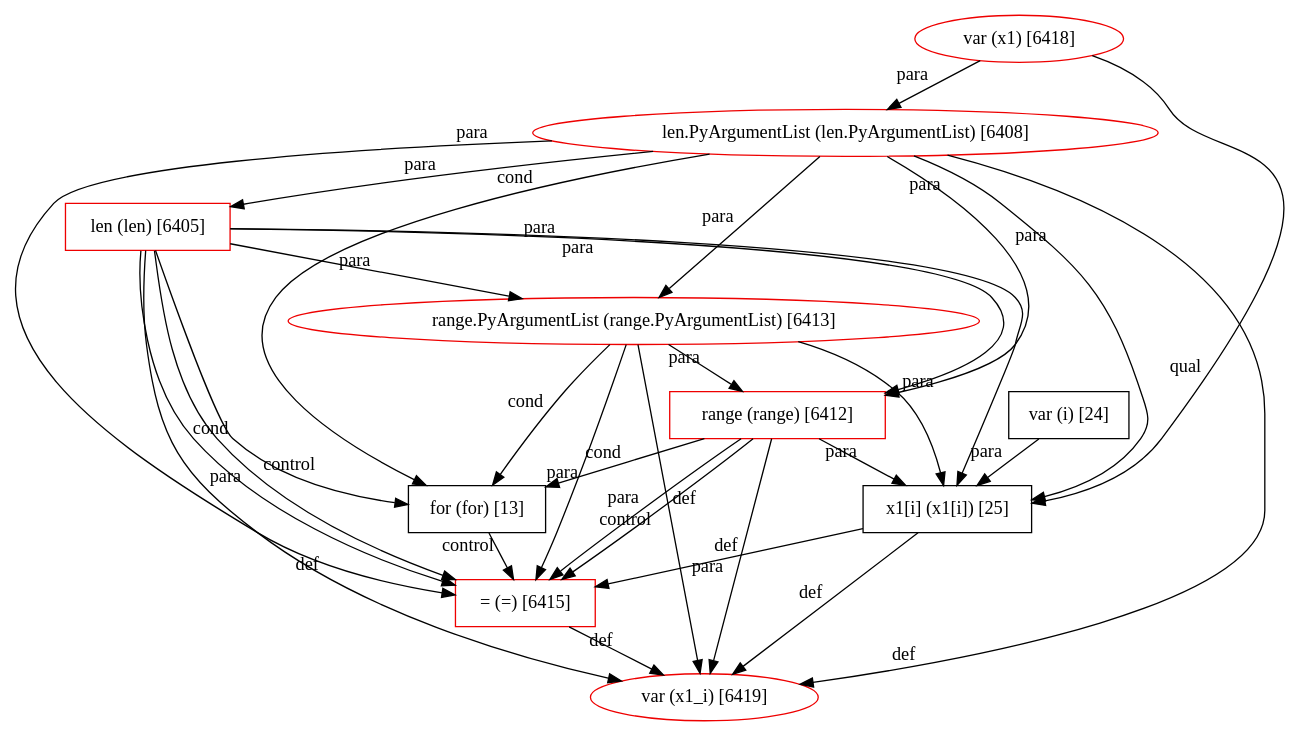
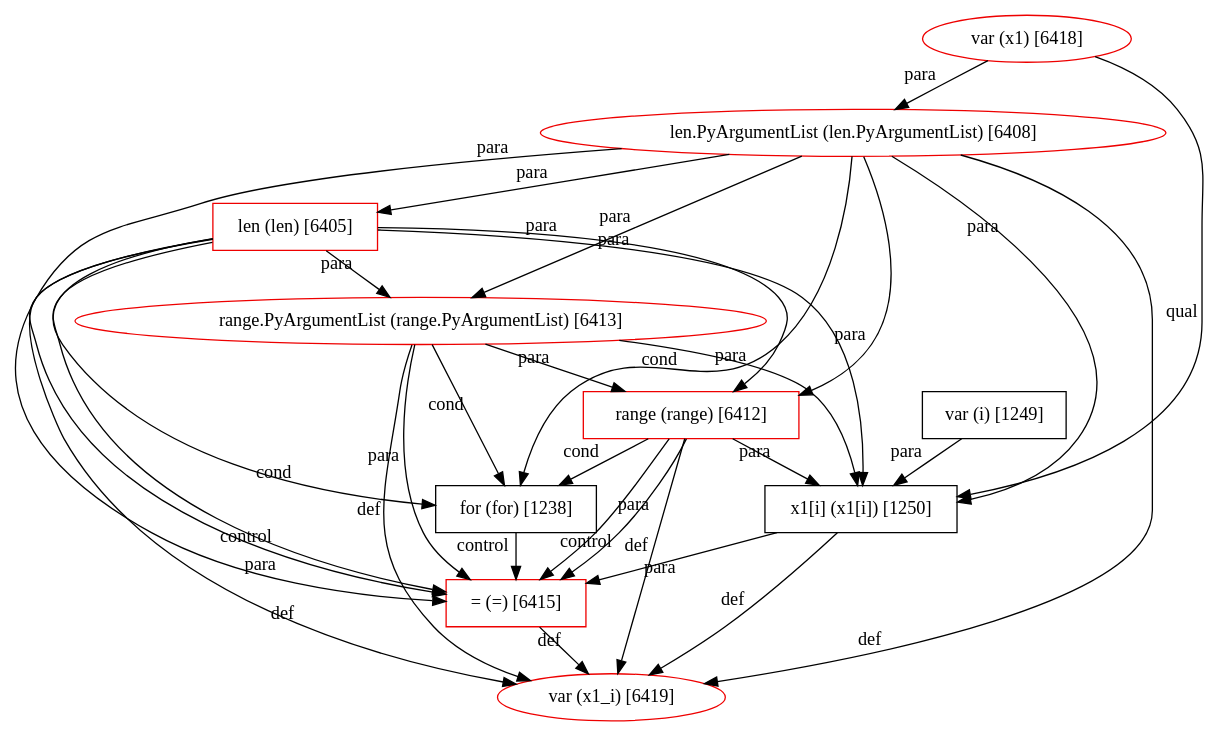
The diagram in plugin/src/main/resources/patterns/8/graph.dot (JetBrains-Research/revizor), drawn with Graphviz before and after one commit. The commit also changed 25 other files, not shown here.

```diff
--- a/plugin/src/main/resources/patterns/8/graph.dot
+++ b/plugin/src/main/resources/patterns/8/graph.dot
@@ -1,43 +1,43 @@
 digraph G {
   6412 [ metadata="" color="red2" shape="box" kind="func-call" label="range (range) [6412]" ];
   6413 [ metadata="" color="red2" shape="ellipse" kind="null" label="range.PyArgumentList (range.PyArgumentList) [6413]" ];
   6405 [ metadata="" color="red2" shape="box" kind="func-call" label="len (len) [6405]" ];
   6408 [ metadata="" color="red2" shape="ellipse" kind="null" label="len.PyArgumentList (len.PyArgumentList) [6408]" ];
   6418 [ metadata="" color="red2" shape="ellipse" kind="variable-decl" label="var (x1) [6418]" ];
   6415 [ metadata="" color="red2" shape="box" kind="assignment" label="= (=) [6415]" ];
   6419 [ metadata="" color="red2" shape="ellipse" kind="variable-decl" label="var (x1_i) [6419]" ];
-  24 [ metadata="hanger" color="null" shape="null" kind="null" label="var (i) [24]" ];
-  13 [ metadata="hanger" color="null" shape="null" kind="null" label="for (for) [13]" ];
-  25 [ metadata="hanger" color="null" shape="null" kind="null" label="x1[i] (x1[i]) [25]" ];
+  1249 [ metadata="hanger" color="null" shape="null" kind="null" label="var (i) [1249]" ];
+  1250 [ metadata="hanger" color="null" shape="null" kind="null" label="x1[i] (x1[i]) [1250]" ];
+  1238 [ metadata="hanger" color="null" shape="null" kind="null" label="for (for) [1238]" ];
   6412 -> 6415 [ from_closure="null" xlabel="para" ];
   6412 -> 6415 [ from_closure="null" xlabel="control" ];
   6412 -> 6419 [ from_closure="null" xlabel="def" ];
   6413 -> 6412 [ from_closure="null" xlabel="para" ];
   6413 -> 6415 [ from_closure="null" xlabel="para" ];
   6413 -> 6419 [ from_closure="null" xlabel="def" ];
   6405 -> 6412 [ from_closure="null" xlabel="para" ];
   6405 -> 6413 [ from_closure="null" xlabel="para" ];
   6405 -> 6415 [ from_closure="null" xlabel="para" ];
   6405 -> 6415 [ from_closure="null" xlabel="control" ];
   6405 -> 6419 [ from_closure="null" xlabel="def" ];
   6408 -> 6412 [ from_closure="null" xlabel="para" ];
   6408 -> 6413 [ from_closure="null" xlabel="para" ];
   6408 -> 6405 [ from_closure="null" xlabel="para" ];
   6408 -> 6415 [ from_closure="null" xlabel="para" ];
   6408 -> 6419 [ from_closure="null" xlabel="def" ];
   6418 -> 6408 [ from_closure="null" xlabel="para" ];
   6415 -> 6419 [ from_closure="null" xlabel="def" ];
-  24 -> 25 [ from_closure="false" xlabel="para" ];
-  6413 -> 13 [ from_closure="true" xlabel="cond" ];
-  6405 -> 13 [ from_closure="true" xlabel="cond" ];
-  6408 -> 13 [ from_closure="true" xlabel="cond" ];
-  6412 -> 13 [ from_closure="false" xlabel="cond" ];
-  13 -> 6415 [ from_closure="false" xlabel="control" ];
-  6413 -> 25 [ from_closure="true" xlabel="para" ];
-  6405 -> 25 [ from_closure="true" xlabel="para" ];
-  6408 -> 25 [ from_closure="true" xlabel="para" ];
-  6412 -> 25 [ from_closure="true" xlabel="para" ];
-  6418 -> 25 [ from_closure="true" xlabel="qual" ];
-  25 -> 6415 [ from_closure="false" xlabel="para" ];
-  25 -> 6419 [ from_closure="false" xlabel="def" ];
+  1249 -> 1250 [ from_closure="false" xlabel="para" ];
+  6408 -> 1250 [ from_closure="true" xlabel="para" ];
+  6405 -> 1250 [ from_closure="true" xlabel="para" ];
+  6412 -> 1250 [ from_closure="true" xlabel="para" ];
+  6413 -> 1250 [ from_closure="true" xlabel="para" ];
+  6418 -> 1250 [ from_closure="true" xlabel="qual" ];
+  1250 -> 6419 [ from_closure="false" xlabel="def" ];
+  1250 -> 6415 [ from_closure="false" xlabel="para" ];
+  6408 -> 1238 [ from_closure="true" xlabel="cond" ];
+  6405 -> 1238 [ from_closure="true" xlabel="cond" ];
+  6412 -> 1238 [ from_closure="false" xlabel="cond" ];
+  6413 -> 1238 [ from_closure="true" xlabel="cond" ];
+  1238 -> 6415 [ from_closure="false" xlabel="control" ];
 }
```
